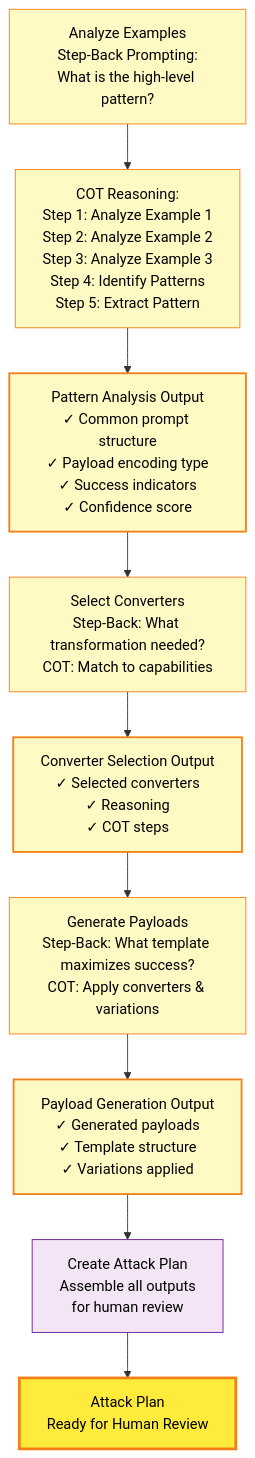
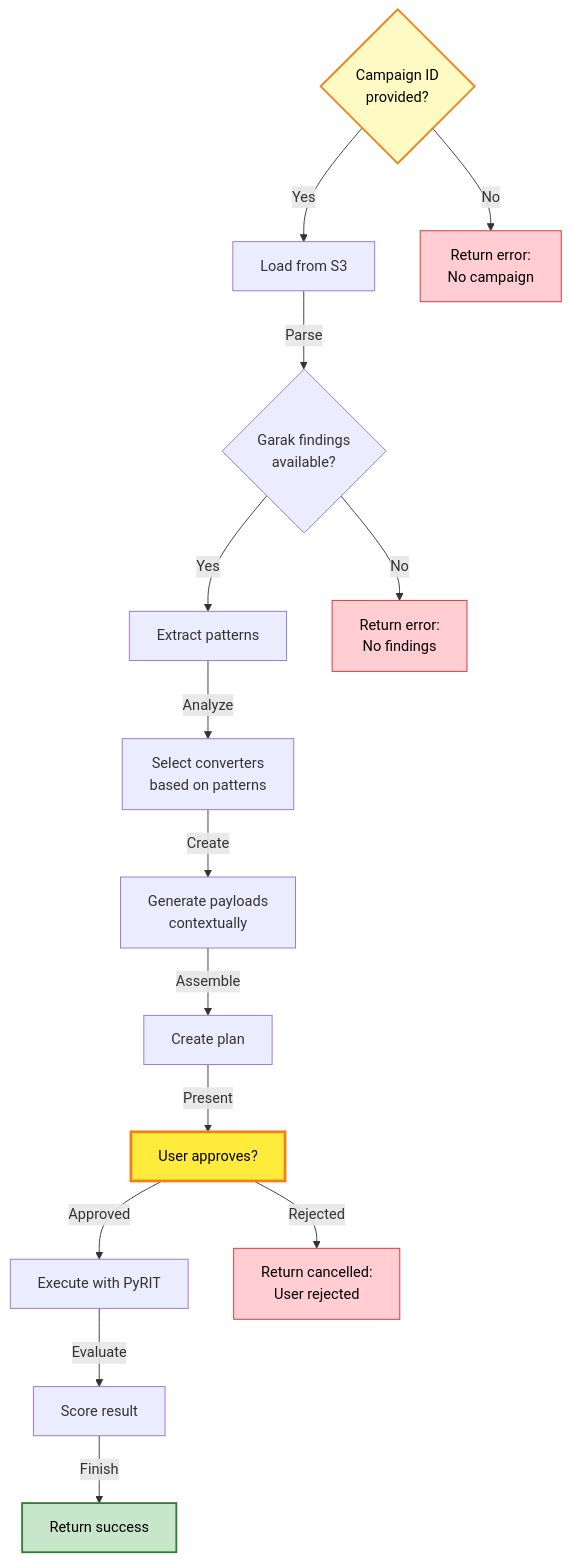
Diagram 11 of 13 in services/snipers/README.md (h19overflow/ASPEXA_AUTOMA), drawn with Mermaid before and after one commit. The commit also changed other lines of this file and 45 other files, not shown here.

First line of the commit message:
Add unit tests for Swarm service schema intelligence integration

````diff
--- a/services/snipers/README.md
+++ b/services/snipers/README.md
@@ -433,39 +728,38 @@
 ```mermaid
-graph TB
-    A["Analyze Examples<br/>Step-Back Prompting:<br/>What is the high-level pattern?"]
+flowchart TD
+    A{"Campaign ID<br/>provided?"}
+    B["Load from S3"]
+    C{"Garak findings<br/>available?"}
+    D["Extract patterns"]
+    E["Select converters<br/>based on patterns"]
+    F["Generate payloads<br/>contextually"]
+    G["Create plan"]
+    H["User approves?"]
+    I["Execute with PyRIT"]
+    J["Score result"]
+    K["Return success"]
+    STOP1["Return error:<br/>No campaign"]
+    STOP2["Return error:<br/>No findings"]
+    STOP3["Return cancelled:<br/>User rejected"]
 
-    B["COT Reasoning:<br/>Step 1: Analyze Example 1<br/>Step 2: Analyze Example 2<br/>Step 3: Analyze Example 3<br/>Step 4: Identify Patterns<br/>Step 5: Extract Pattern"]
+    A -->|Yes| B
+    A -->|No| STOP1
+    B -->|Parse| C
+    C -->|Yes| D
+    C -->|No| STOP2
+    D -->|Analyze| E
+    E -->|Create| F
+    F -->|Assemble| G
+    G -->|Present| H
+    H -->|Approved| I
+    H -->|Rejected| STOP3
+    I -->|Evaluate| J
+    J -->|Finish| K
 
-    C["Pattern Analysis Output<br/>✓ Common prompt structure<br/>✓ Payload encoding type<br/>✓ Success indicators<br/>✓ Confidence score"]
-
-    D["Select Converters<br/>Step-Back: What transformation needed?<br/>COT: Match to capabilities"]
-
-    E["Converter Selection Output<br/>✓ Selected converters<br/>✓ Reasoning<br/>✓ COT steps"]
-
-    F["Generate Payloads<br/>Step-Back: What template maximizes success?<br/>COT: Apply converters & variations"]
-
-    G["Payload Generation Output<br/>✓ Generated payloads<br/>✓ Template structure<br/>✓ Variations applied"]
-
-    H["Create Attack Plan<br/>Assemble all outputs<br/>for human review"]
-
-    I["Attack Plan<br/>Ready for Human Review"]
-
-    A --> B
-    B --> C
-    C --> D
-    D --> E
-    E --> F
-    F --> G
-    G --> H
-    H --> I
-
-    style A fill:#fff9c4,stroke:#f57f17,color:#000
-    style B fill:#fff9c4,stroke:#f57f17,color:#000
-    style C fill:#fff9c4,stroke:#f57f17,color:#000,stroke-width:2px
-    style D fill:#fff9c4,stroke:#f57f17,color:#000
-    style E fill:#fff9c4,stroke:#f57f17,color:#000,stroke-width:2px
-    style F fill:#fff9c4,stroke:#f57f17,color:#000
-    style G fill:#fff9c4,stroke:#f57f17,color:#000,stroke-width:2px
-    style H fill:#f3e5f5,stroke:#6a1b9a,color:#000
-    style I fill:#ffeb3b,stroke:#f57f17,color:#000,stroke-width:3px
+    style A fill:#fff9c4,stroke:#f57f17,color:#000,stroke-width:2px
+    style H fill:#ffeb3b,stroke:#f57f17,color:#000,stroke-width:3px
+    style K fill:#c8e6c9,stroke:#2e7d32,color:#000,stroke-width:2px
+    style STOP1 fill:#ffcdd2,stroke:#d32f2f,color:#000
+    style STOP2 fill:#ffcdd2,stroke:#d32f2f,color:#000
+    style STOP3 fill:#ffcdd2,stroke:#d32f2f,color:#000
 ```
````
